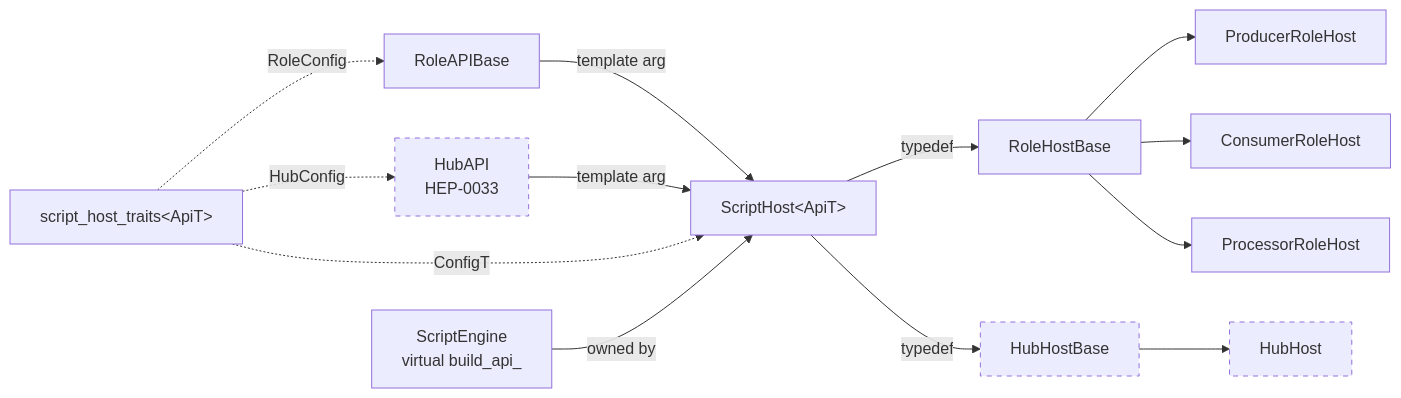
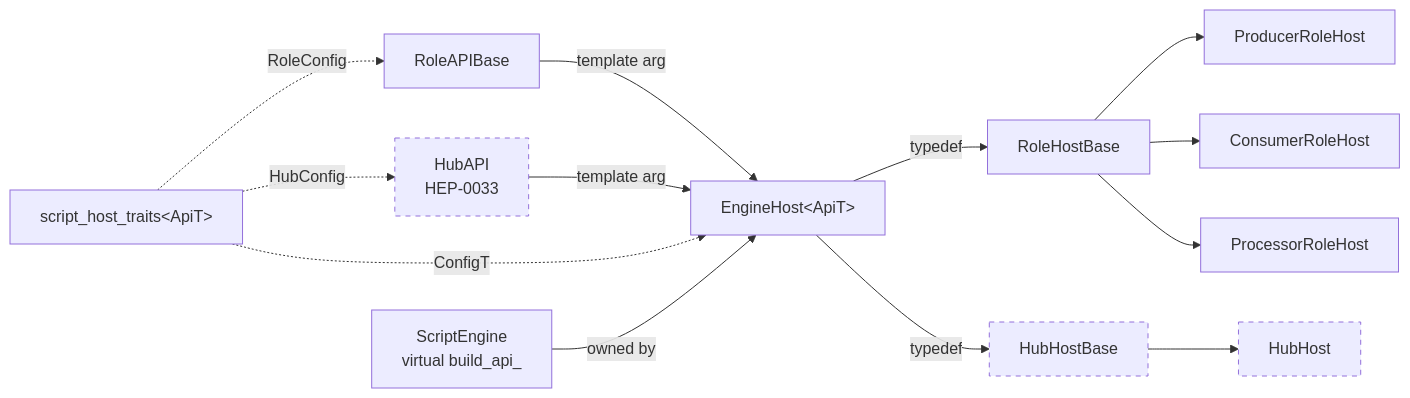
One commit to Qing-LAB/pylabhub changed the fourth of 6 diagrams in docs/tech_draft/HUB_CHARACTER_PREREQUISITES.md. Above: the diagram before and after it, drawn with Mermaid. The commit also changed other lines of this file and 14 other files, not shown here.

````diff
--- a/docs/tech_draft/HUB_CHARACTER_PREREQUISITES.md
+++ b/docs/tech_draft/HUB_CHARACTER_PREREQUISITES.md
@@ -217,18 +217,18 @@
 ```mermaid
 flowchart LR
-    A[RoleAPIBase] -->|template arg| SH[ScriptHost&lt;ApiT&gt;]
+    A[RoleAPIBase] -->|template arg| SH[EngineHost&lt;ApiT&gt;]
     B[HubAPI<br/>HEP-0033] -->|template arg| SH
     SH -->|typedef| RHB[RoleHostBase]
     SH -->|typedef| HHB[HubHostBase]
     RHB --> P[ProducerRoleHost]
     RHB --> C[ConsumerRoleHost]
     RHB --> PR[ProcessorRoleHost]
     HHB --> H[HubHost]
     T[script_host_traits&lt;ApiT&gt;] -.ConfigT.-> SH
     T -.RoleConfig.-> A
     T -.HubConfig.-> B
     SE[ScriptEngine<br/>virtual build_api_] -->|owned by| SH
     style B stroke-dasharray: 5 5
     style HHB stroke-dasharray: 5 5
     style H stroke-dasharray: 5 5
 ```
````
